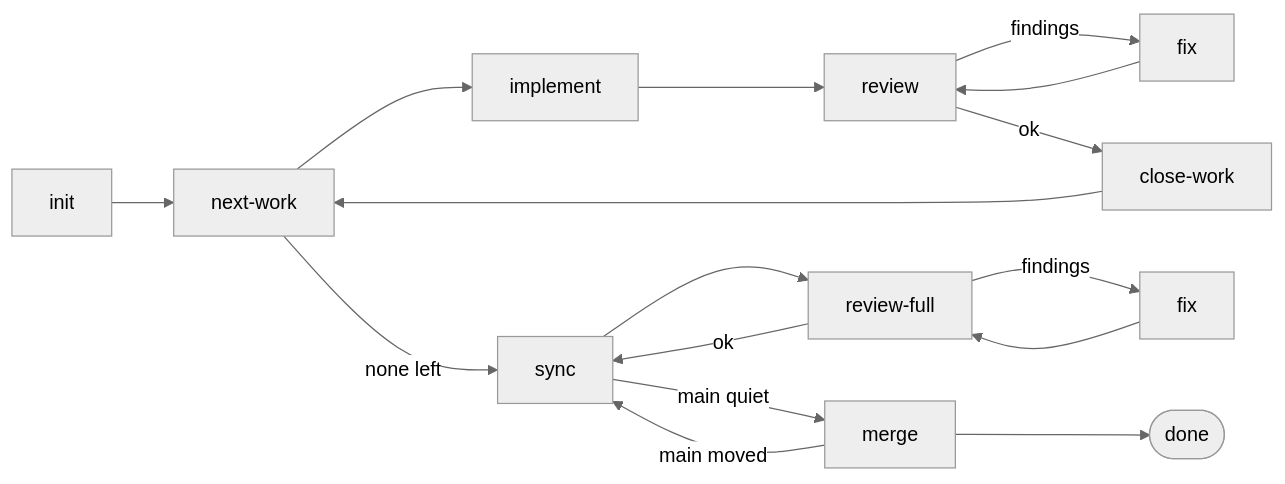
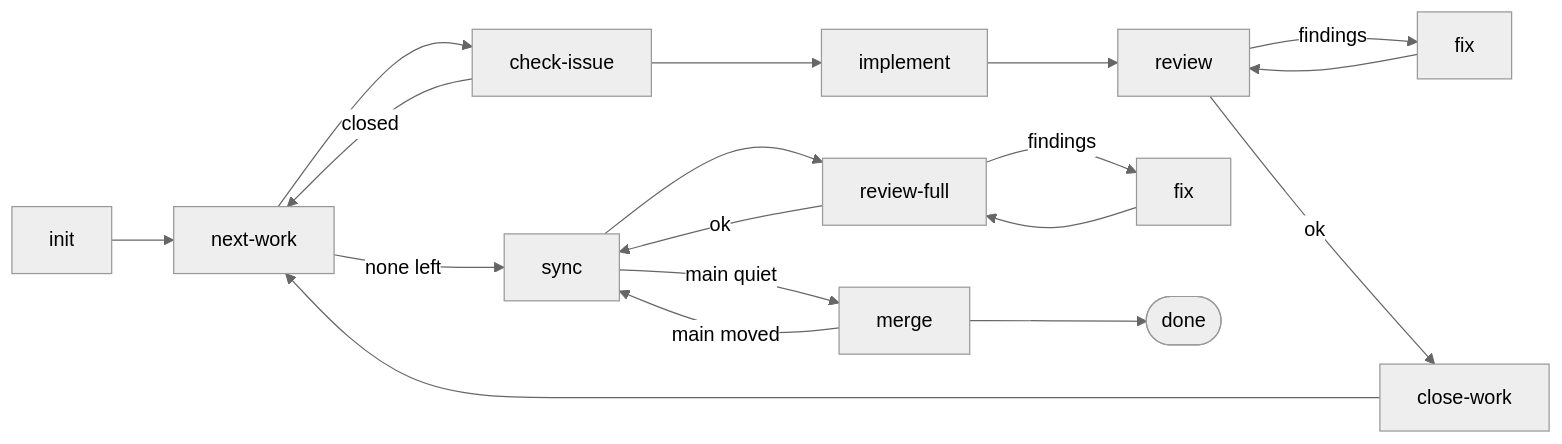
One commit to sousfactory/sous changed the diagram in starters/default/README.md. Above: the diagram before and after it, drawn with Mermaid (neutral theme). The commit also changed other lines of this file and 21 other files, not shown here.

Commit message:
fix(#6): check-issue step: does the issue still hold against the code before anything is planned or built

````diff
--- a/starters/default/README.md
+++ b/starters/default/README.md
@@ -34,11 +34,12 @@
 ```mermaid
 flowchart LR
-  init --> nw[next-work] --> implement --> review
+  init --> nw[next-work] --> ci[check-issue] --> implement --> review
+  ci -- closed --> nw
   review -- findings --> fix --> review
   review -- ok --> cw[close-work] --> nw
   nw -- none left --> sync --> rf[review-full]
   rf -- findings --> frf[fix] --> rf
   rf -- ok --> sync
   sync -- main quiet --> merge --> done([done])
   merge -- main moved --> sync
 ```
````
